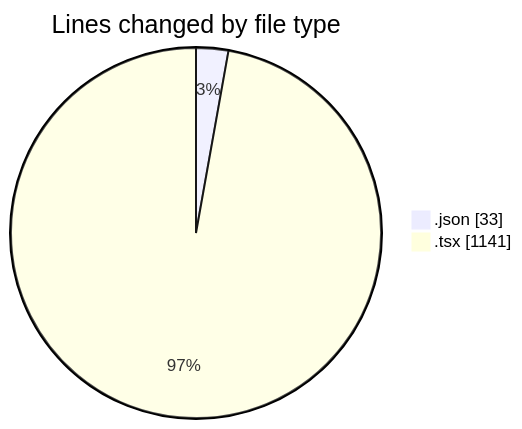
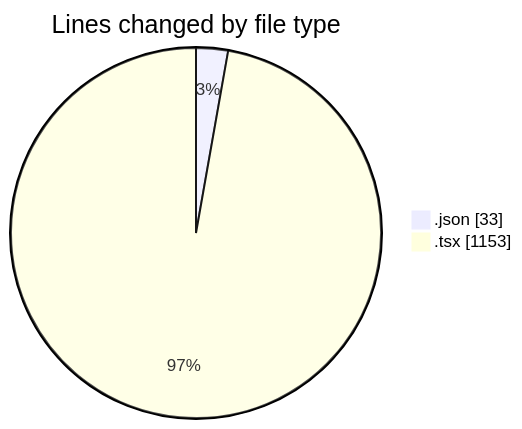
One commit to Elitesun/code-tracking changed the first of 2 diagrams in 2025-03-11/projet_stage/README.md. Above: the diagram before and after it, drawn with Mermaid. The commit also changed other lines of this file and 1 other file, not shown here.

````diff
--- a/2025-03-11/projet_stage/README.md
+++ b/2025-03-11/projet_stage/README.md
@@ -30,6 +30,6 @@
 ```mermaid
 pie showData
 title Lines changed by file type
 ".json" : 33
-".tsx" : 1141
+".tsx" : 1153
 ```
````
